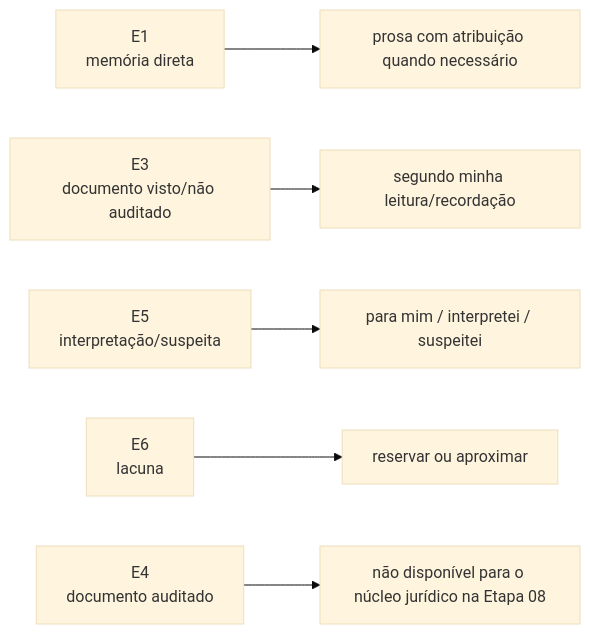
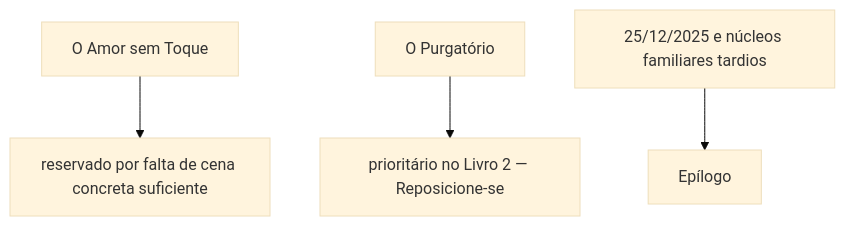
One commit to Sollimastudio/trilogia-sol-lima changed the seventh of 7 diagrams in 01_MORTE_EM_VIDA/MAPA_VISUAL_PARTE_III_ATUAL.md. Above: the diagram before and after it, drawn with Mermaid (base theme). The commit also changed other lines of this file, not shown here.

Commit message:
Adiciona Movimento C da Etapa 09 ao mapa visual da Parte III

````diff
--- a/01_MORTE_EM_VIDA/MAPA_VISUAL_PARTE_III_ATUAL.md
+++ b/01_MORTE_EM_VIDA/MAPA_VISUAL_PARTE_III_ATUAL.md
@@ -66,8 +87,6 @@
 ```mermaid
-flowchart LR
-A[E1\nmemória direta] --> F[prosa com atribuição quando necessário]
-B[E3\ndocumento visto/não auditado] --> G[segundo minha leitura/recordação]
-C[E5\ninterpretação/suspeita] --> H[para mim / interpretei / suspeitei]
-D[E6\nlacuna] --> I[reservar ou aproximar]
-E[E4\ndocumento auditado] --> J[não disponível para o núcleo jurídico na Etapa 08]
+flowchart TD
+A[O Amor sem Toque] --> B[reservado por falta de cena concreta suficiente]
+C[O Purgatório] --> D[prioritário no Livro 2 — Reposicione-se]
+E[25/12/2025 e núcleos familiares tardios] --> F[Epílogo]
 ```
````
